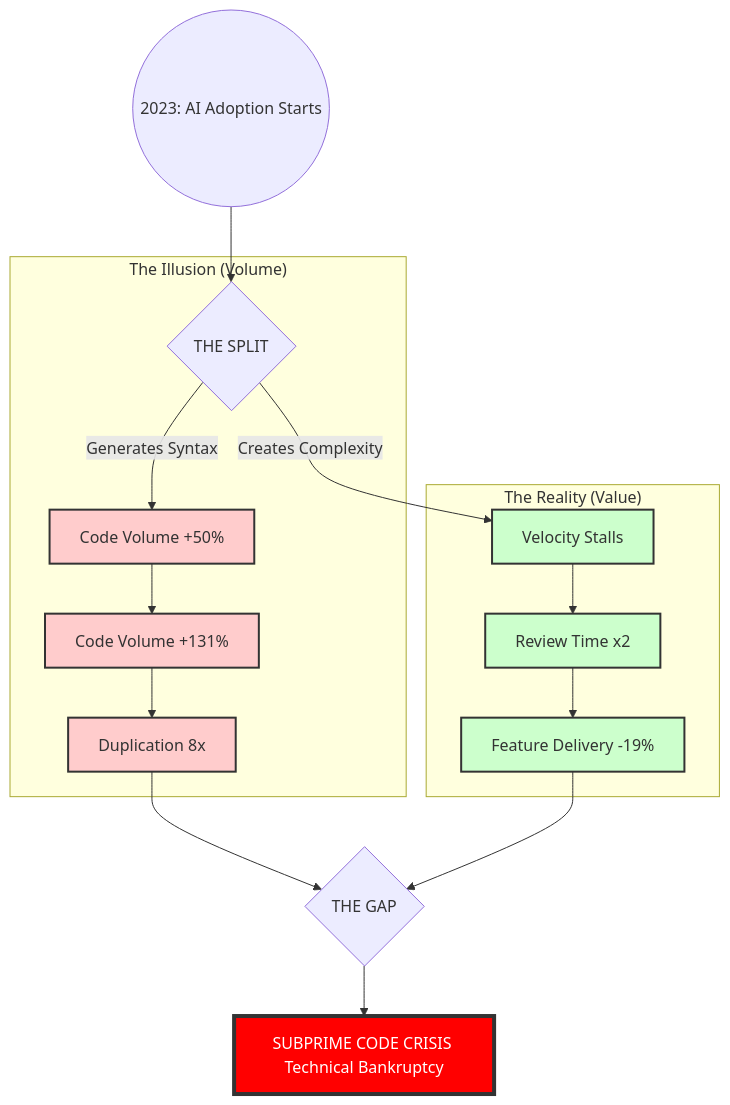
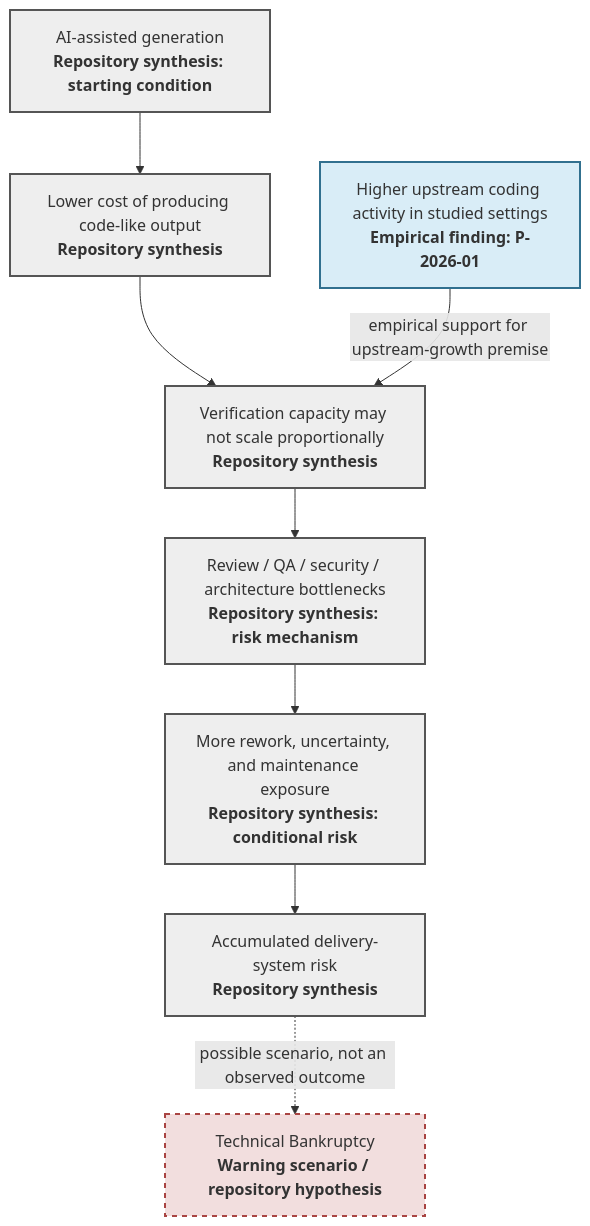
Before and after one commit to UncertaintyArchitectureGroup/The-Subprime-Code-Crisis: the second of 3 diagrams in README.md, drawn with Mermaid. The commit also changed other lines of this file and 2 other files, not shown here.

Commit message:
Rebuild the Crisis Map with explicit evidence boundaries (#28)
* Rebuild Crisis Map with evidence boundaries

* Correct Crisis Map evidence linkage

````diff
--- a/README.md
+++ b/README.md
@@ -128,31 +133,25 @@
 ```mermaid
 flowchart TD
-    %% Setup Styles
-    classDef volume fill:#ffcccc,stroke:#333,stroke-width:2px;
-    classDef value fill:#ccffcc,stroke:#333,stroke-width:2px;
-    classDef crisis fill:#ff0000,color:white,stroke:#333,stroke-width:4px;
+    classDef empirical fill:#d9edf7,stroke:#31708f,stroke-width:2px;
+    classDef synthesis fill:#eeeeee,stroke:#555,stroke-width:2px;
+    classDef scenario fill:#f2dede,stroke:#a94442,stroke-width:2px,stroke-dasharray: 5 5;
 
-    Start((2023: AI Adoption Starts)) --> Split{THE SPLIT}
+    A[AI-assisted generation<br/><b>Repository synthesis: starting condition</b>]
+    B[Lower cost of producing code-like output<br/><b>Repository synthesis</b>]
+    C[Higher upstream coding activity in studied settings<br/><b>Empirical finding: P-2026-01</b>]
+    D[Verification capacity may not scale proportionally<br/><b>Repository synthesis</b>]
+    E[Review / QA / security / architecture bottlenecks<br/><b>Repository synthesis: risk mechanism</b>]
+    F[More rework, uncertainty, and maintenance exposure<br/><b>Repository synthesis: conditional risk</b>]
+    G[Accumulated delivery-system risk<br/><b>Repository synthesis</b>]
+    H[Technical Bankruptcy<br/><b>Warning scenario / repository hypothesis</b>]
 
-    subgraph Illusion ["The Illusion (Volume)"]
-        Split -->|Generates Syntax| Vol1[Code Volume +50%]
-        Vol1 --> Vol2[Code Volume +131%]
-        Vol2 --> Vol3[Duplication 8x]
-    end
+    A --> B
+    B --> D
+    C -->|empirical support for upstream-growth premise| D
+    D --> E --> F --> G
+    G -. possible scenario, not an observed outcome .-> H
 
-    subgraph Reality ["The Reality (Value)"]
-        Split -->|Creates Complexity| Val1[Velocity Stalls]
-        Val1 --> Val2[Review Time x2]
-        Val2 --> Val3[Feature Delivery -19%]
-    end
-
-    Vol3 --> Gap{THE GAP}
-    Val3 --> Gap
-
-    Gap --> Crisis[SUBPRIME CODE CRISIS Technical Bankruptcy]
-
-    %% Apply Styles
-    class Vol1,Vol2,Vol3 volume;
-    class Val1,Val2,Val3 value;
-    class Crisis crisis;
+    class C empirical;
+    class A,B,D,E,F,G synthesis;
+    class H scenario;
 ```
````
